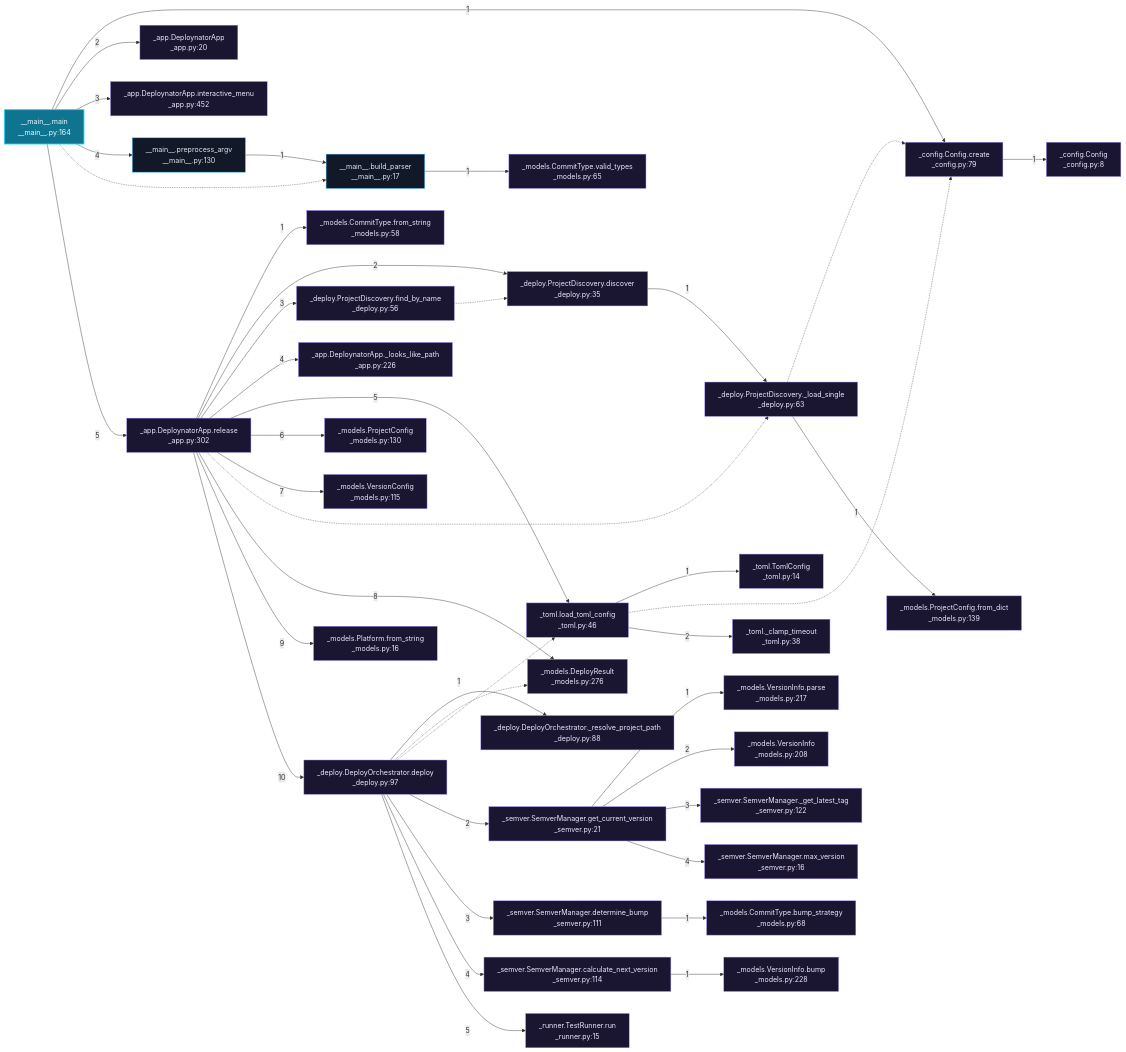
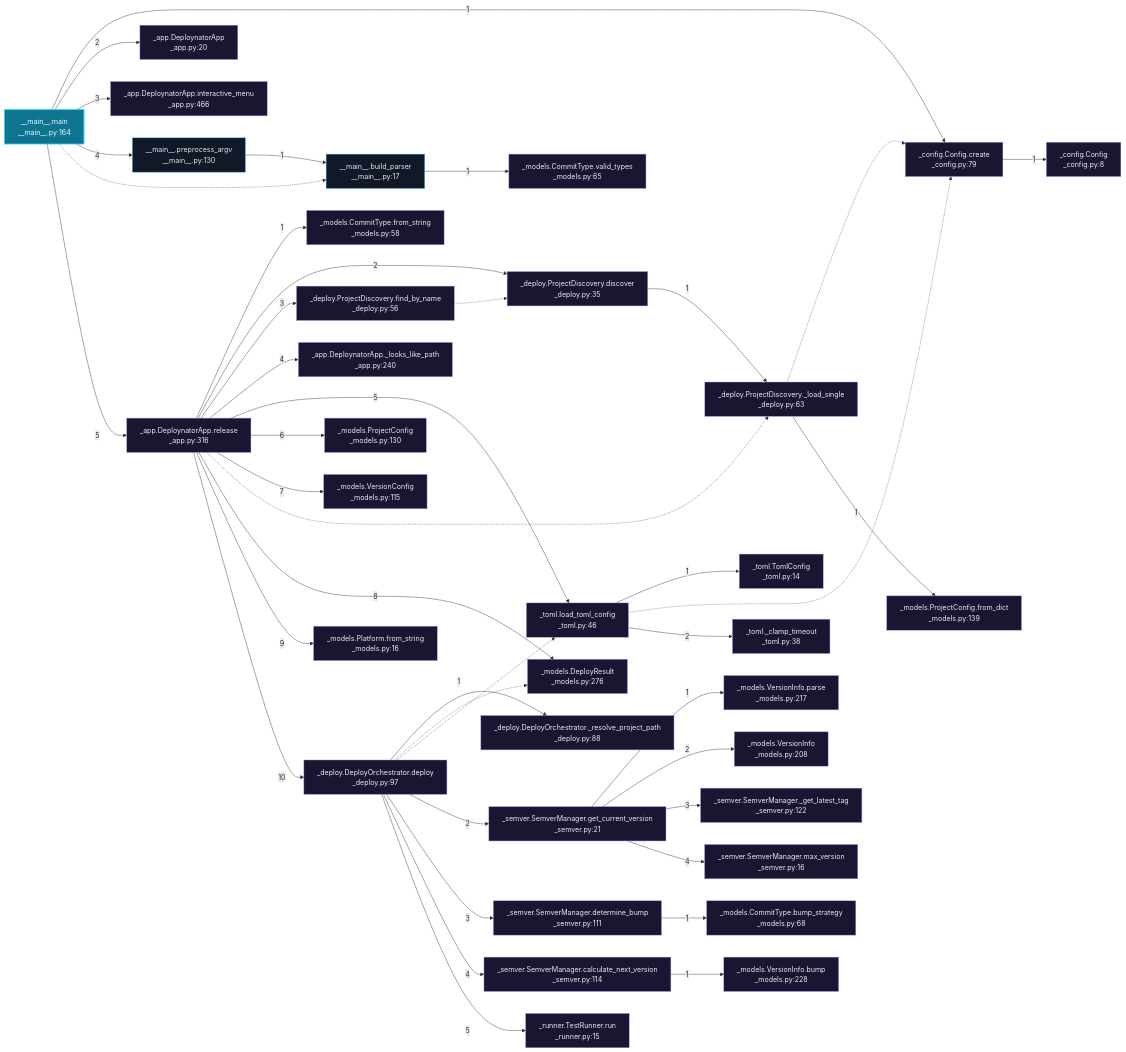
The third of 8 diagrams in readmenator-apidocs/architecture.md (grisuno/deploynator), drawn with Mermaid before and after one commit. The commit also changed other lines of this file and 77 other files, not shown here.

````diff
--- a/readmenator-apidocs/architecture.md
+++ b/readmenator-apidocs/architecture.md
@@ -179,80 +179,80 @@
 ```mermaid
 flowchart LR
     classDef default fill:#111827,stroke:#38bdf8,color:#e5e7eb;
     classDef entry fill:#0e7490,stroke:#22d3ee,color:#ecfeff,stroke-width:2px;
     classDef external fill:#1a1530,stroke:#a78bfa,color:#ede9fe;
     n_deploynator___main___py__main["__main__.main<br/>__main__.py:164"]:::entry
     n_deploynator__config_py__create["_config.Config.create<br/>_config.py:79"]:::external
     n_deploynator__config_py__Config["_config.Config<br/>_config.py:8"]:::external
     n_deploynator__app_py__DeploynatorApp["_app.DeploynatorApp<br/>_app.py:20"]:::external
-    n_deploynator__app_py__interactive_menu["_app.DeploynatorApp.interactive_menu<br/>_app.py:452"]:::external
+    n_deploynator__app_py__interactive_menu["_app.DeploynatorApp.interactive_menu<br/>_app.py:466"]:::external
     n_deploynator___main___py__preprocess_argv["__main__.preprocess_argv<br/>__main__.py:130"]:::default
     n_deploynator___main___py__build_parser["__main__.build_parser<br/>__main__.py:17"]:::default
     n_deploynator__models_py__valid_types["_models.CommitType.valid_types<br/>_models.py:65"]:::external
-    n_deploynator__app_py__release["_app.DeploynatorApp.release<br/>_app.py:302"]:::external
+    n_deploynator__app_py__release["_app.DeploynatorApp.release<br/>_app.py:316"]:::external
     n_deploynator__models_py__from_string_58["_models.CommitType.from_string<br/>_models.py:58"]:::external
     n_deploynator__deploy_py__discover["_deploy.ProjectDiscovery.discover<br/>_deploy.py:35"]:::external
     n_deploynator__deploy_py___load_single["_deploy.ProjectDiscovery._load_single<br/>_deploy.py:63"]:::external
     n_deploynator__models_py__from_dict_139["_models.ProjectConfig.from_dict<br/>_models.py:139"]:::external
     n_deploynator__deploy_py__find_by_name["_deploy.ProjectDiscovery.find_by_name<br/>_deploy.py:56"]:::external
-    n_deploynator__app_py___looks_like_path["_app.DeploynatorApp._looks_like_path<br/>_app.py:226"]:::external
+    n_deploynator__app_py___looks_like_path["_app.DeploynatorApp._looks_like_path<br/>_app.py:240"]:::external
     n_deploynator__toml_py__load_toml_config["_toml.load_toml_config<br/>_toml.py:46"]:::external
     n_deploynator__toml_py__TomlConfig["_toml.TomlConfig<br/>_toml.py:14"]:::external
     n_deploynator__toml_py___clamp_timeout["_toml._clamp_timeout<br/>_toml.py:38"]:::external
     n_deploynator__models_py__ProjectConfig["_models.ProjectConfig<br/>_models.py:130"]:::external
     n_deploynator__models_py__VersionConfig["_models.VersionConfig<br/>_models.py:115"]:::external
     n_deploynator__models_py__DeployResult["_models.DeployResult<br/>_models.py:276"]:::external
     n_deploynator__models_py__from_string["_models.Platform.from_string<br/>_models.py:16"]:::external
     n_deploynator__deploy_py__deploy["_deploy.DeployOrchestrator.deploy<br/>_deploy.py:97"]:::external
     n_deploynator__deploy_py___resolve_project_path["_deploy.DeployOrchestrator._resolve_project_path<br/>_deploy.py:88"]:::external
     n_deploynator__semver_py__get_current_version["_semver.SemverManager.get_current_version<br/>_semver.py:21"]:::external
     n_deploynator__models_py__parse_217["_models.VersionInfo.parse<br/>_models.py:217"]:::external
     n_deploynator__models_py__VersionInfo["_models.VersionInfo<br/>_models.py:208"]:::external
     n_deploynator__semver_py___get_latest_tag["_semver.SemverManager._get_latest_tag<br/>_semver.py:122"]:::external
     n_deploynator__semver_py__max_version["_semver.SemverManager.max_version<br/>_semver.py:16"]:::external
     n_deploynator__semver_py__determine_bump["_semver.SemverManager.determine_bump<br/>_semver.py:111"]:::external
     n_deploynator__models_py__bump_strategy["_models.CommitType.bump_strategy<br/>_models.py:68"]:::external
     n_deploynator__semver_py__calculate_next_version["_semver.SemverManager.calculate_next_version<br/>_semver.py:114"]:::external
     n_deploynator__models_py__bump["_models.VersionInfo.bump<br/>_models.py:228"]:::external
     n_deploynator__runner_py__run["_runner.TestRunner.run<br/>_runner.py:15"]:::external
     n_deploynator___main___py__main -->|"1"| n_deploynator__config_py__create
     n_deploynator__config_py__create -->|"1"| n_deploynator__config_py__Config
     n_deploynator___main___py__main -->|"2"| n_deploynator__app_py__DeploynatorApp
     n_deploynator___main___py__main -->|"3"| n_deploynator__app_py__interactive_menu
     n_deploynator___main___py__main -->|"4"| n_deploynator___main___py__preprocess_argv
     n_deploynator___main___py__preprocess_argv -->|"1"| n_deploynator___main___py__build_parser
     n_deploynator___main___py__build_parser -->|"1"| n_deploynator__models_py__valid_types
     n_deploynator___main___py__main -.-> n_deploynator___main___py__build_parser
     n_deploynator___main___py__main -->|"5"| n_deploynator__app_py__release
     n_deploynator__app_py__release -->|"1"| n_deploynator__models_py__from_string_58
     n_deploynator__app_py__release -->|"2"| n_deploynator__deploy_py__discover
     n_deploynator__deploy_py__discover -->|"1"| n_deploynator__deploy_py___load_single
     n_deploynator__deploy_py___load_single -.-> n_deploynator__config_py__create
     n_deploynator__deploy_py___load_single -->|"1"| n_deploynator__models_py__from_dict_139
     n_deploynator__app_py__release -->|"3"| n_deploynator__deploy_py__find_by_name
     n_deploynator__deploy_py__find_by_name -.-> n_deploynator__deploy_py__discover
     n_deploynator__app_py__release -->|"4"| n_deploynator__app_py___looks_like_path
     n_deploynator__app_py__release -->|"5"| n_deploynator__toml_py__load_toml_config
     n_deploynator__toml_py__load_toml_config -->|"1"| n_deploynator__toml_py__TomlConfig
     n_deploynator__toml_py__load_toml_config -.-> n_deploynator__config_py__create
     n_deploynator__toml_py__load_toml_config -->|"2"| n_deploynator__toml_py___clamp_timeout
     n_deploynator__app_py__release -->|"6"| n_deploynator__models_py__ProjectConfig
     n_deploynator__app_py__release -->|"7"| n_deploynator__models_py__VersionConfig
     n_deploynator__app_py__release -.-> n_deploynator__deploy_py___load_single
     n_deploynator__app_py__release -->|"8"| n_deploynator__models_py__DeployResult
     n_deploynator__app_py__release -->|"9"| n_deploynator__models_py__from_string
     n_deploynator__app_py__release -->|"10"| n_deploynator__deploy_py__deploy
     n_deploynator__deploy_py__deploy -->|"1"| n_deploynator__deploy_py___resolve_project_path
     n_deploynator__deploy_py__deploy -.-> n_deploynator__models_py__DeployResult
     n_deploynator__deploy_py__deploy -.-> n_deploynator__toml_py__load_toml_config
     n_deploynator__deploy_py__deploy -->|"2"| n_deploynator__semver_py__get_current_version
     n_deploynator__semver_py__get_current_version -->|"1"| n_deploynator__models_py__parse_217
     n_deploynator__semver_py__get_current_version -->|"2"| n_deploynator__models_py__VersionInfo
     n_deploynator__semver_py__get_current_version -->|"3"| n_deploynator__semver_py___get_latest_tag
     n_deploynator__semver_py__get_current_version -->|"4"| n_deploynator__semver_py__max_version
     n_deploynator__deploy_py__deploy -->|"3"| n_deploynator__semver_py__determine_bump
     n_deploynator__semver_py__determine_bump -->|"1"| n_deploynator__models_py__bump_strategy
     n_deploynator__deploy_py__deploy -->|"4"| n_deploynator__semver_py__calculate_next_version
     n_deploynator__semver_py__calculate_next_version -->|"1"| n_deploynator__models_py__bump
     n_deploynator__deploy_py__deploy -->|"5"| n_deploynator__runner_py__run
 ```
````
